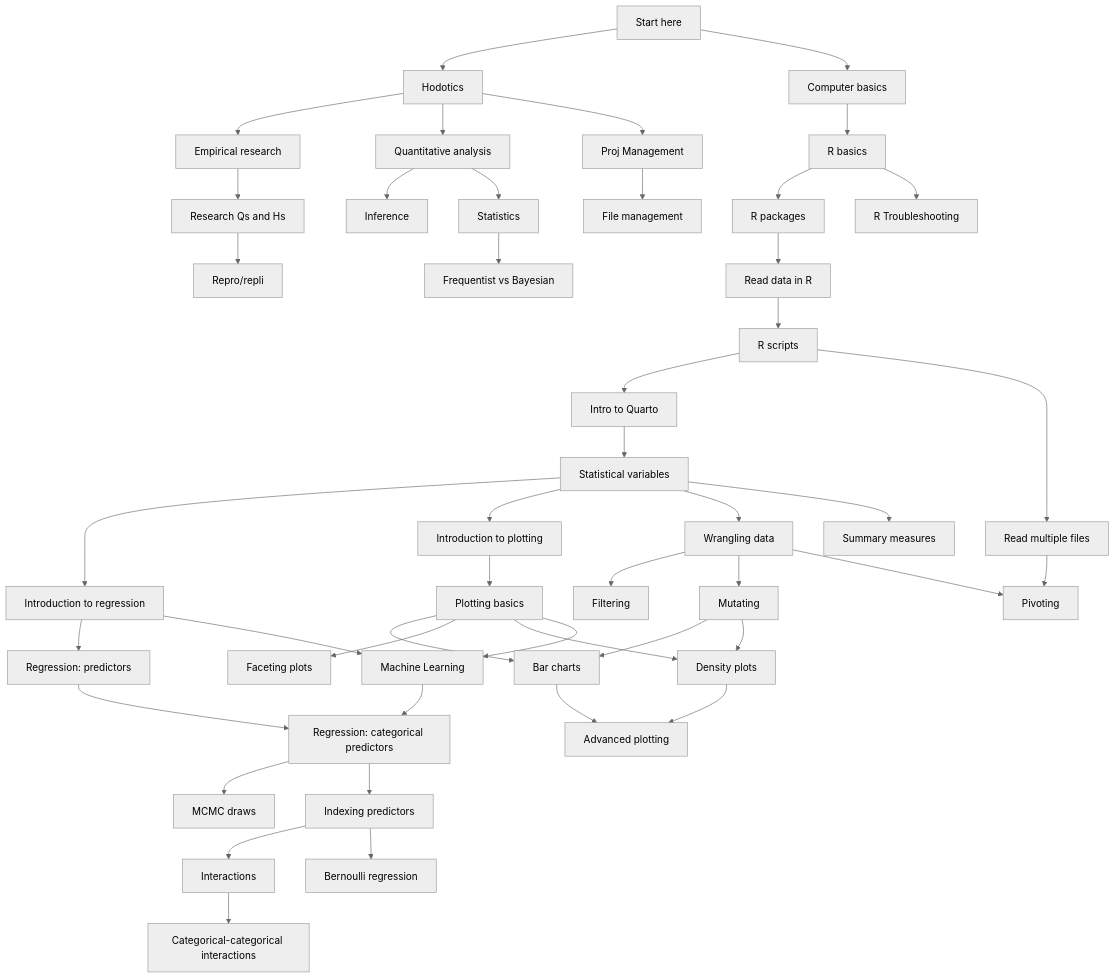
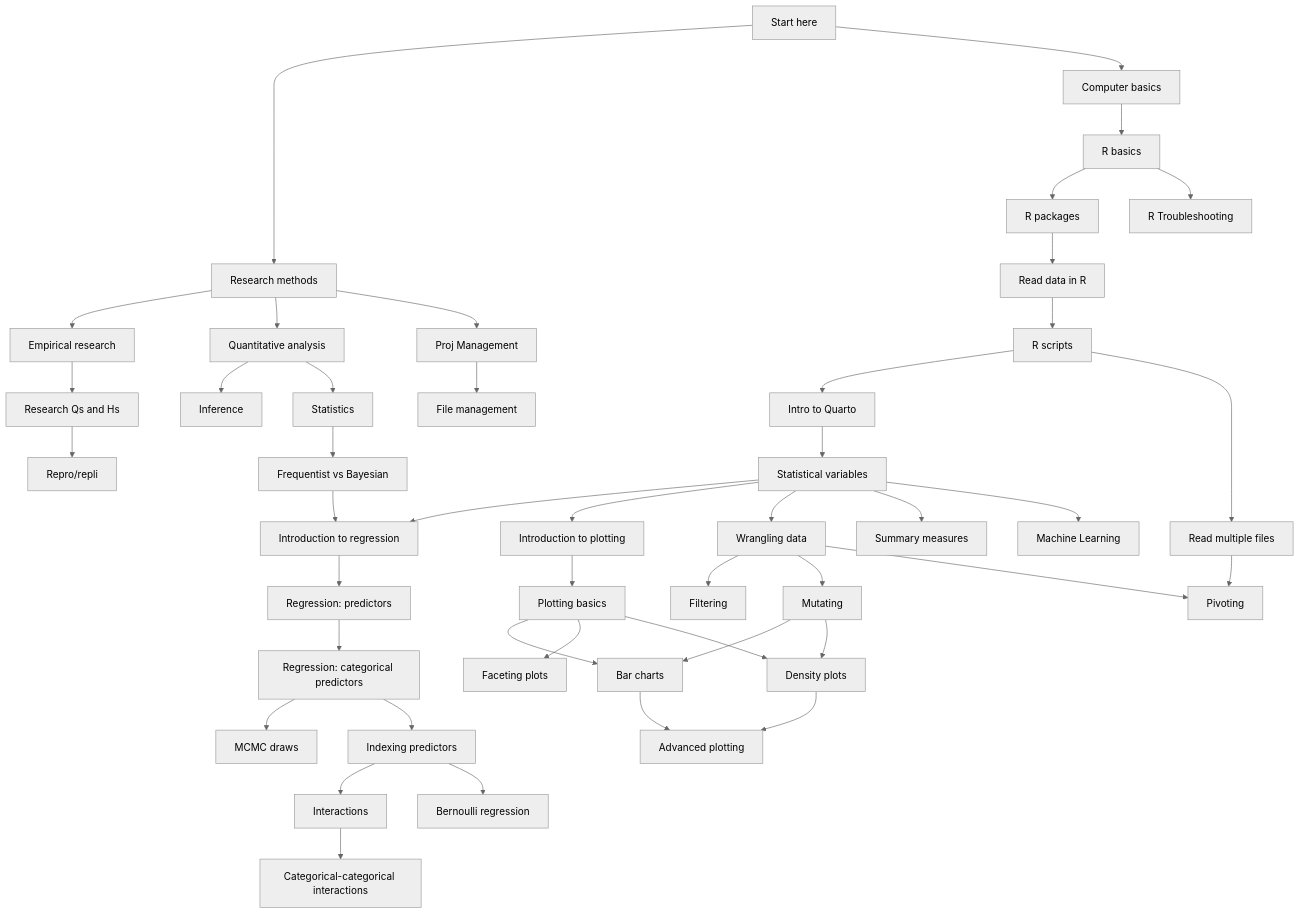
Before and after one commit to uoelel/qml: the diagram in map.qmd, drawn with Mermaid (neutral theme). The commit also changed 11 other files, not shown here.

````diff
--- a/map.qmd
+++ b/map.qmd
@@ -14,7 +14,7 @@
 ```{mermaid}
 graph TD
   A[Start here]
-  B[Hodotics]
+  B[Research methods]
   click B href "posts/hodotics.html" "Go to page"
   C[Computer basics]
   click C href "posts/computer-basics.html" "Go to page"
@@ -110,16 +110,17 @@
   D --> AN & G
   AN --> H
   AH --> AO
+  AO --> J
   
   H --> AM
   AM --> F & I
   I --> Q
   
   F --> E
-  E --> J & K & L & AC
+  E --> J & K & L & AC & AL
   
   K --> M
-  M --> N & Z & AA & AL
+  M --> N & Z & AA
   N --> AB
   AA --> AB
 
@@ -127,7 +128,7 @@
   P --> N & AA
   
   %% Regression
-  J --> R & AL --> S --> T & U
+  J --> R --> S --> T & U
   U --> V & X
   V --> W
   
````
